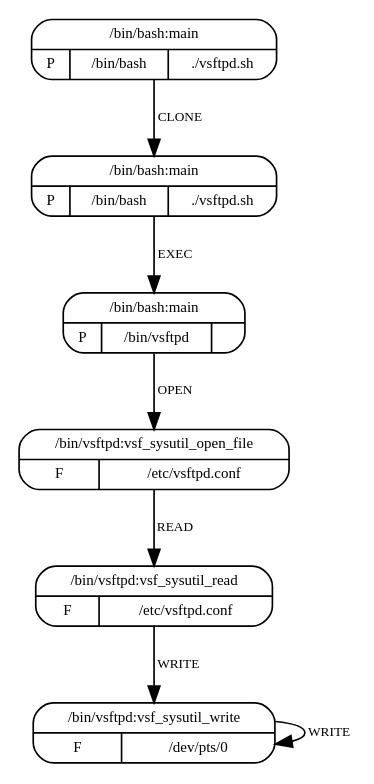
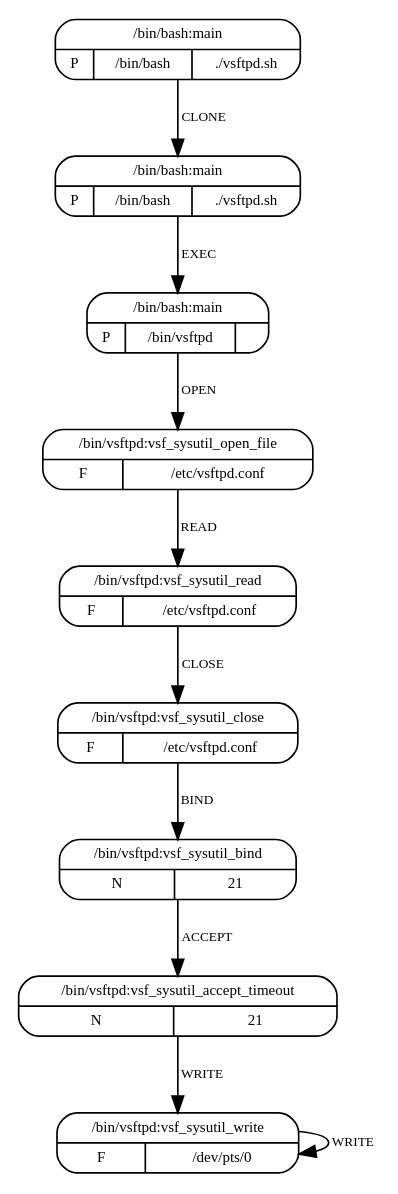
Before and after one commit to sysflow-telemetry/upolicycraft: the diagram in plugins/mrm/resources/models/vsftpd.dot, drawn with Graphviz. The commit also changed 4 other files, not shown here.

```diff
--- a/plugins/mrm/resources/models/vsftpd.dot
+++ b/plugins/mrm/resources/models/vsftpd.dot
@@ -1,24 +1,34 @@
 digraph G {
   4 [shape=Mrecord,
      label="{{/bin/vsftpd:vsf_sysutil_read}|{F|{/etc/vsftpd.conf}}}",
      fontsize=9, ];
-  5 [shape=Mrecord, label="{{/bin/vsftpd:vsf_sysutil_write}|{F|{/dev/pts/0}}}",
+  5 [shape=Mrecord,
+     label="{{/bin/vsftpd:vsf_sysutil_close}|{F|{/etc/vsftpd.conf}}}",
+     fontsize=9, ];
+  6 [shape=Mrecord, label="{{/bin/vsftpd:vsf_sysutil_bind}|{N|{21}}}",
+     fontsize=9, ];
+  7 [shape=Mrecord, label="{{/bin/vsftpd:vsf_sysutil_accept_timeout}|{N|{21}}}",
+     fontsize=9, ];
+  8 [shape=Mrecord, label="{{/bin/vsftpd:vsf_sysutil_write}|{F|{/dev/pts/0}}}",
      fontsize=9, ];
   3 [shape=Mrecord,
      label="{{/bin/vsftpd:vsf_sysutil_open_file}|{F|{/etc/vsftpd.conf}}}",
      fontsize=9, ];
   0 [shape=Mrecord, label="{{/bin/bash:main}|{P|/bin/bash|./vsftpd.sh}}",
      fontsize=9, ];
   1 [shape=Mrecord, label="{{/bin/bash:main}|{P|/bin/bash|./vsftpd.sh}}",
      fontsize=9, ];
   2 [shape=Mrecord, label="{{/bin/bash:main}|{P|/bin/vsftpd|}}", fontsize=9, ];
   
   
-  4 -> 5 [label="WRITE", fontsize=8, ];
-  5 -> 5 [label="WRITE", fontsize=8, ];
+  4 -> 5 [label="CLOSE", fontsize=8, ];
+  5 -> 6 [label="BIND", fontsize=8, ];
+  6 -> 7 [label="ACCEPT", fontsize=8, ];
+  7 -> 8 [label="WRITE", fontsize=8, ];
+  8 -> 8 [label="WRITE", fontsize=8, ];
   3 -> 4 [label="READ", fontsize=8, ];
   0 -> 1 [label="CLONE", fontsize=8, ];
   1 -> 2 [label="EXEC", fontsize=8, ];
   2 -> 3 [label="OPEN", fontsize=8, ];
   
   }
```
